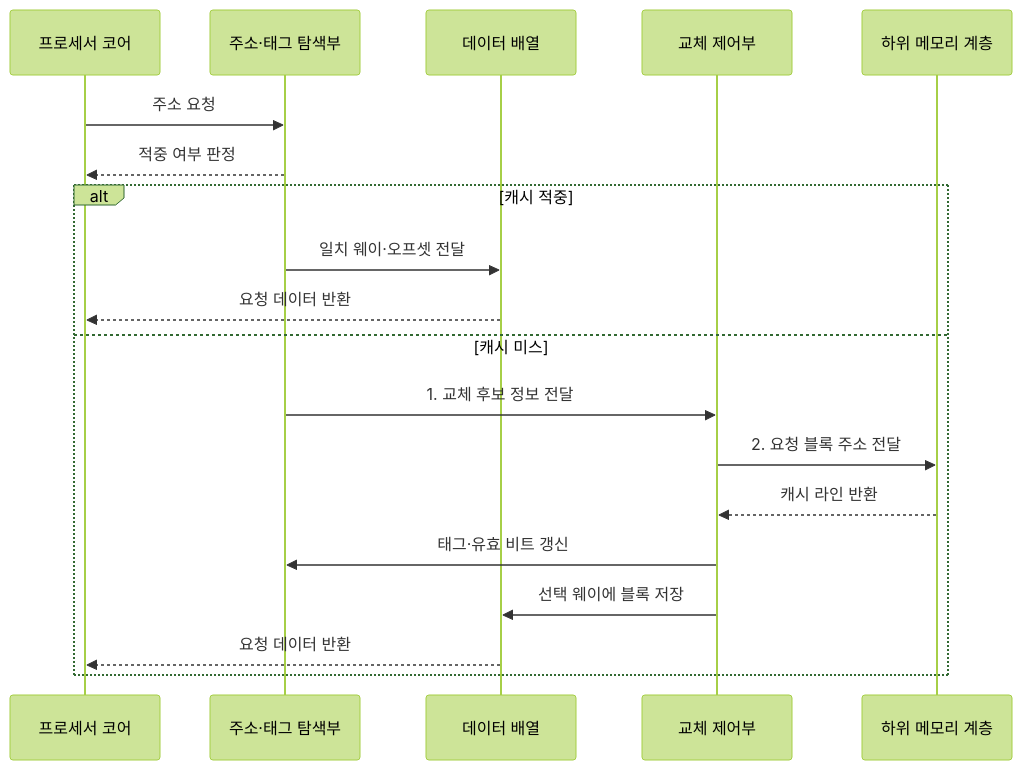
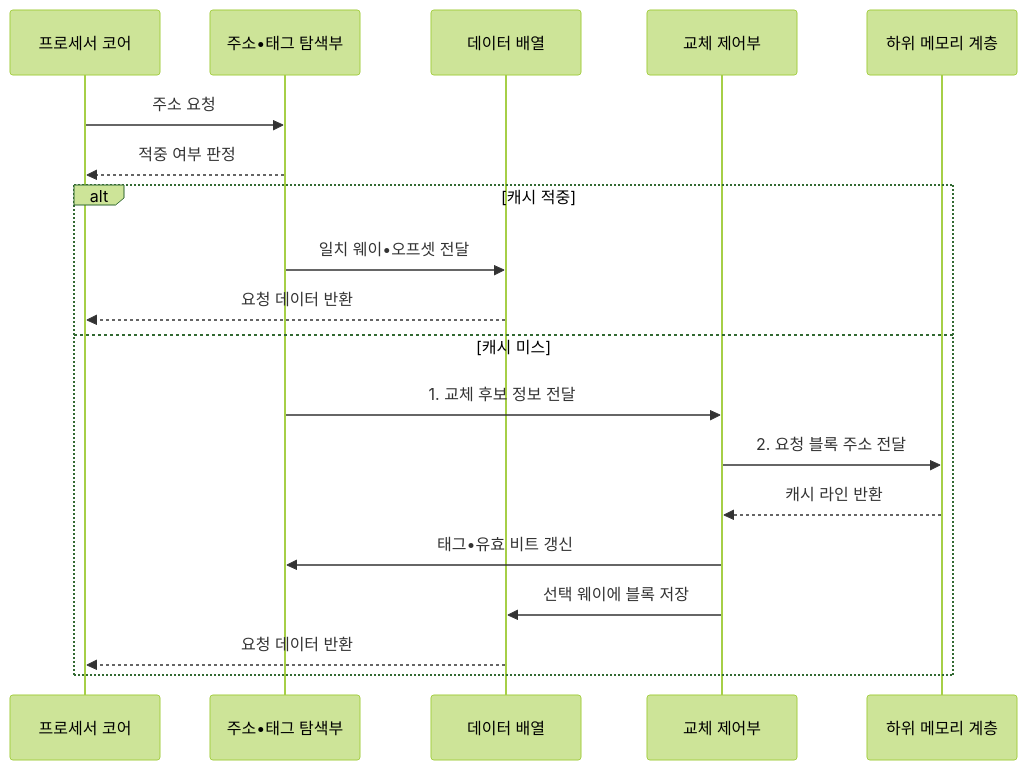
One commit to agnusdei1207/knowledge-base changed the second of 2 diagrams in src/content/docs/notes/02-hardware/012_cache_memory_mapping.md. Above: the diagram before and after it, drawn with Mermaid (forest theme). The commit also changed other lines of this file and 953 other files, not shown here.

````diff
--- a/src/content/docs/notes/02-hardware/012_cache_memory_mapping.md
+++ b/src/content/docs/notes/02-hardware/012_cache_memory_mapping.md
@@ -107,22 +107,22 @@
 ```mermaid
 sequenceDiagram
     participant C as 프로세서 코어
-    participant L as 주소·태그 탐색부
+    participant L as 주소•태그 탐색부
     participant D as 데이터 배열
     participant R as 교체 제어부
     participant M as 하위 메모리 계층
 
     C->>L: 주소 요청
     L-->>C: 적중 여부 판정
     alt 캐시 적중
-        L->>D: 일치 웨이·오프셋 전달
+        L->>D: 일치 웨이•오프셋 전달
         D-->>C: 요청 데이터 반환
     else 캐시 미스
         L->>R: 1. 교체 후보 정보 전달
         R->>M: 2. 요청 블록 주소 전달
         M-->>R: 캐시 라인 반환
-        R->>L: 태그·유효 비트 갱신
+        R->>L: 태그•유효 비트 갱신
         R->>D: 선택 웨이에 블록 저장
         D-->>C: 요청 데이터 반환
     end
 ```
````
